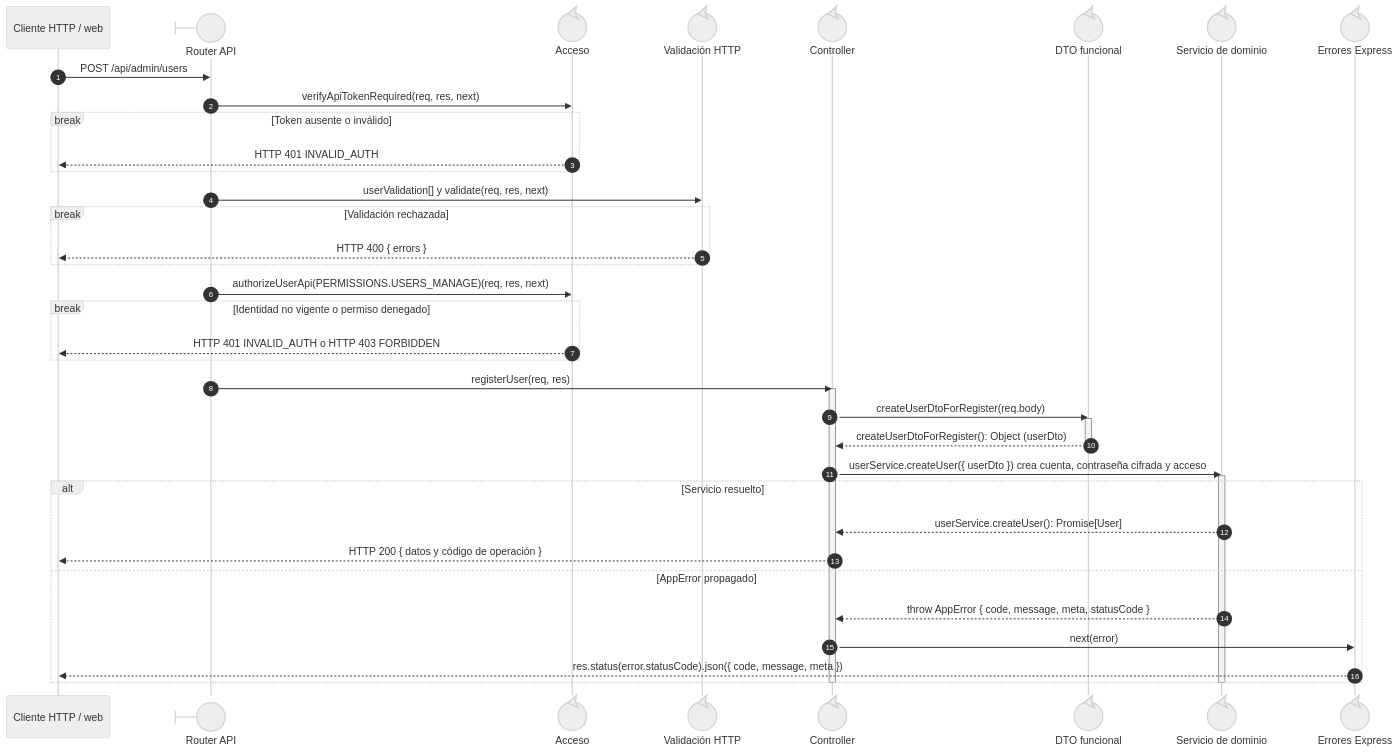
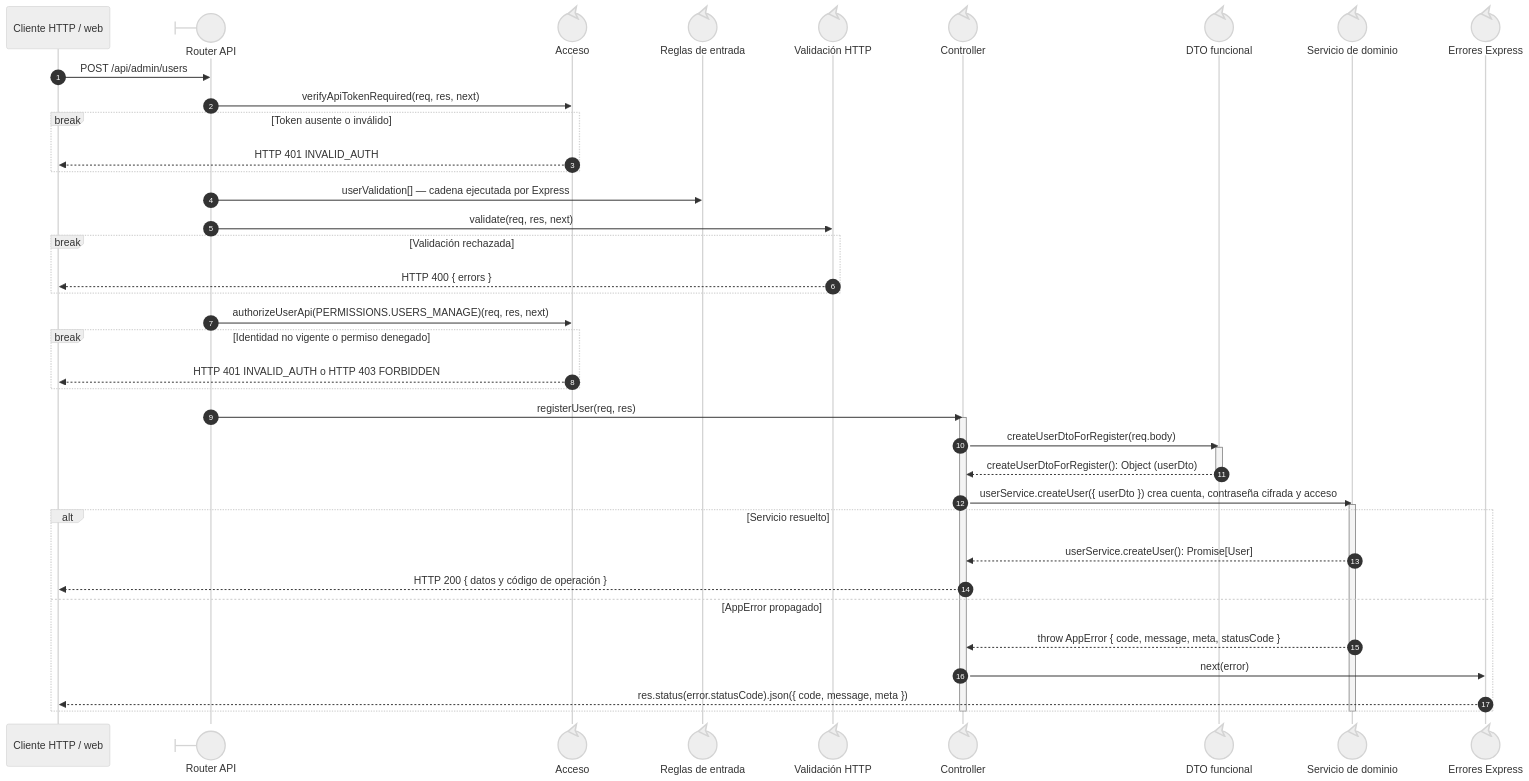
The diagram in docs/architecture/views/processes/backend-code-sequences/identity-access/cu-ida-06.md (gpgsistemas01/nexus), drawn with Mermaid (neutral theme) before and after one commit. The commit also changed other lines of this file and 191 other files, not shown here.

Commit message:
docs: trace sequence lifelines to distinct implementation files

````diff
--- a/docs/architecture/views/processes/backend-code-sequences/identity-access/cu-ida-06.md
+++ b/docs/architecture/views/processes/backend-code-sequences/identity-access/cu-ida-06.md
@@ -25,44 +26,46 @@
 ```mermaid
 sequenceDiagram
     autonumber
     participant Client as Cliente HTTP / web
     participant Route@{ "type": "boundary" } as Router API
     participant Auth@{ "type": "control" } as Acceso
+    participant ValidationRules@{ "type": "control" } as Reglas de entrada
     participant Validator@{ "type": "control" } as Validación HTTP
     participant Controller@{ "type": "control" } as Controller
     participant UserDto@{ "type": "control" } as DTO funcional
     participant Domain@{ "type": "control" } as Servicio de dominio
     participant ErrorHandler@{ "type": "control" } as Errores Express
 
     Client->>Route: POST /api/admin/users
     Route->>Auth: verifyApiTokenRequired(req, res, next)
     break Token ausente o inválido
         Auth-->>Client: HTTP 401 INVALID_AUTH
     end
-    Route->>Validator: userValidation[] y validate(req, res, next)
+    Route->>ValidationRules: userValidation[] — cadena ejecutada por Express
+    Route->>Validator: validate(req, res, next)
     break Validación rechazada
         Validator-->>Client: HTTP 400 { errors }
     end
     Route->>Auth: authorizeUserApi(PERMISSIONS.USERS_MANAGE)(req, res, next)
     break Identidad no vigente o permiso denegado
         Auth-->>Client: HTTP 401 INVALID_AUTH o HTTP 403 FORBIDDEN
     end
     Route->>Controller: registerUser(req, res)
     activate Controller
     Controller->>UserDto: createUserDtoForRegister(req.body)
     activate UserDto
     UserDto-->>Controller: createUserDtoForRegister(): Object (userDto)
     deactivate UserDto
     Controller->>Domain: userService.createUser({ userDto }) crea cuenta, contraseña cifrada y acceso
     activate Domain
     alt Servicio resuelto
         Domain-->>Controller: userService.createUser(): Promise[User]
         Controller-->>Client: HTTP 200 { datos y código de operación }
     else AppError propagado
         Domain-->>Controller: throw AppError { code, message, meta, statusCode }
         Controller->>ErrorHandler: next(error)
         ErrorHandler-->>Client: res.status(error.statusCode).json({ code, message, meta })
     end
     deactivate Domain
     deactivate Controller
 ```
````
